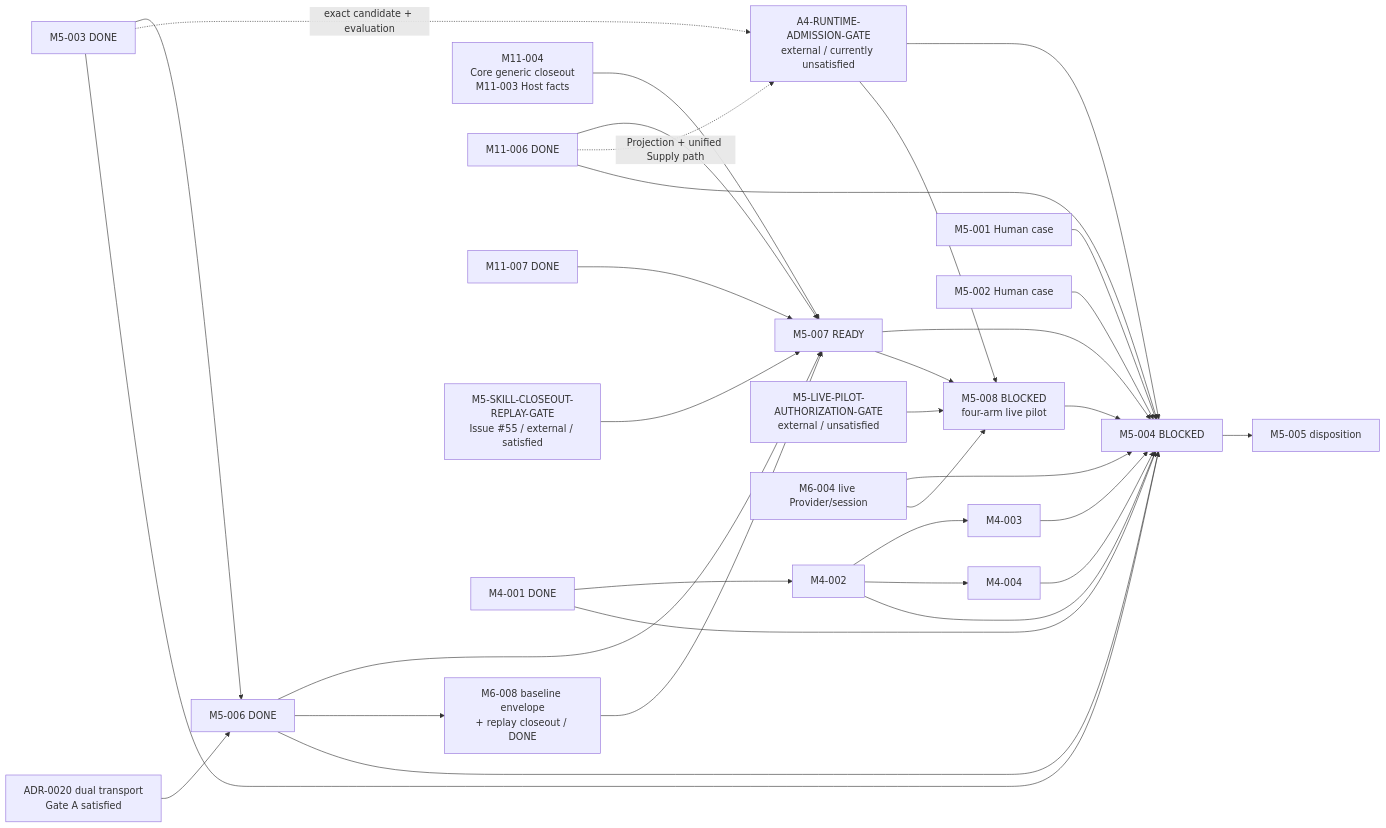
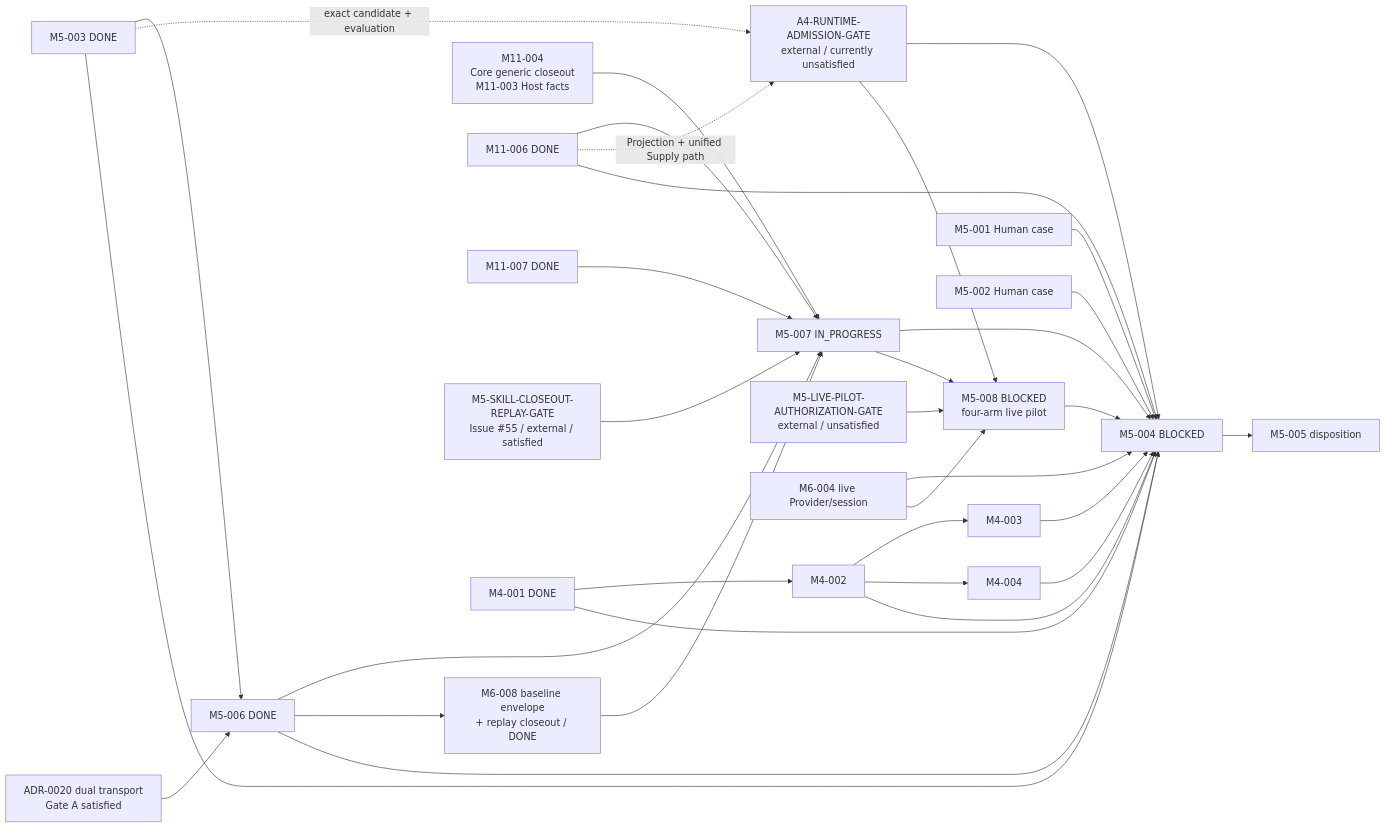
The second of 2 diagrams in docs/workstreams/chengyue-lu/M5-SYSTEM-EVALUATION-DESIGN/README.md (Chengyue-Lu/research-agent-workbench), drawn with Mermaid before and after one commit. The commit also changed other lines of this file and 51 other files, not shown here.

````diff
--- a/docs/workstreams/chengyue-lu/M5-SYSTEM-EVALUATION-DESIGN/README.md
+++ b/docs/workstreams/chengyue-lu/M5-SYSTEM-EVALUATION-DESIGN/README.md
@@ -289,38 +289,38 @@
 ```mermaid
 flowchart LR
     M5003["M5-003 DONE"] --> M5006["M5-006 DONE"]
     BTG["ADR-0020 dual transport<br/>Gate A satisfied"] --> M5006
-    M5006 --> M5007["M5-007 READY"]
+    M5006 --> M5007["M5-007 IN_PROGRESS"]
     M5006 --> M6008["M6-008 baseline envelope<br/>+ replay closeout / DONE"]
     M6008 --> M5007
     M1104["M11-004<br/>Core generic closeout<br/>M11-003 Host facts"] --> M5007
     M1106["M11-006 DONE"] --> M5007
     M1107["M11-007 DONE"] --> M5007
     SCG["M5-SKILL-CLOSEOUT-REPLAY-GATE<br/>Issue #55 / external / satisfied"] --> M5007
 
     M5003 -. "exact candidate + evaluation" .-> A4G["A4-RUNTIME-ADMISSION-GATE<br/>external / currently unsatisfied"]
     M1106 -. "Projection + unified Supply path" .-> A4G
     A4G --> M5004
 
     M4001["M4-001 DONE"] --> M4002["M4-002"]
     M4002 --> M4003["M4-003"]
     M4002 --> M4004["M4-004"]
 
     M5001["M5-001 Human case"] --> M5004["M5-004 BLOCKED"]
     M5002["M5-002 Human case"] --> M5004
     M5003 --> M5004
     M5006 --> M5004
     M5007 --> M5004
     M5007 --> M5008["M5-008 BLOCKED<br/>four-arm live pilot"]
     A4G --> M5008
     PG["M5-LIVE-PILOT-AUTHORIZATION-GATE<br/>external / unsatisfied"] --> M5008
     M5008 --> M5004
     M4001 --> M5004
     M4002 --> M5004
     M4003 --> M5004
     M4004 --> M5004
     M1106 --> M5004
     M6004["M6-004 live Provider/session"] --> M5004
     M6004 --> M5008
     M5004 --> M5005["M5-005 disposition"]
 ```
````
